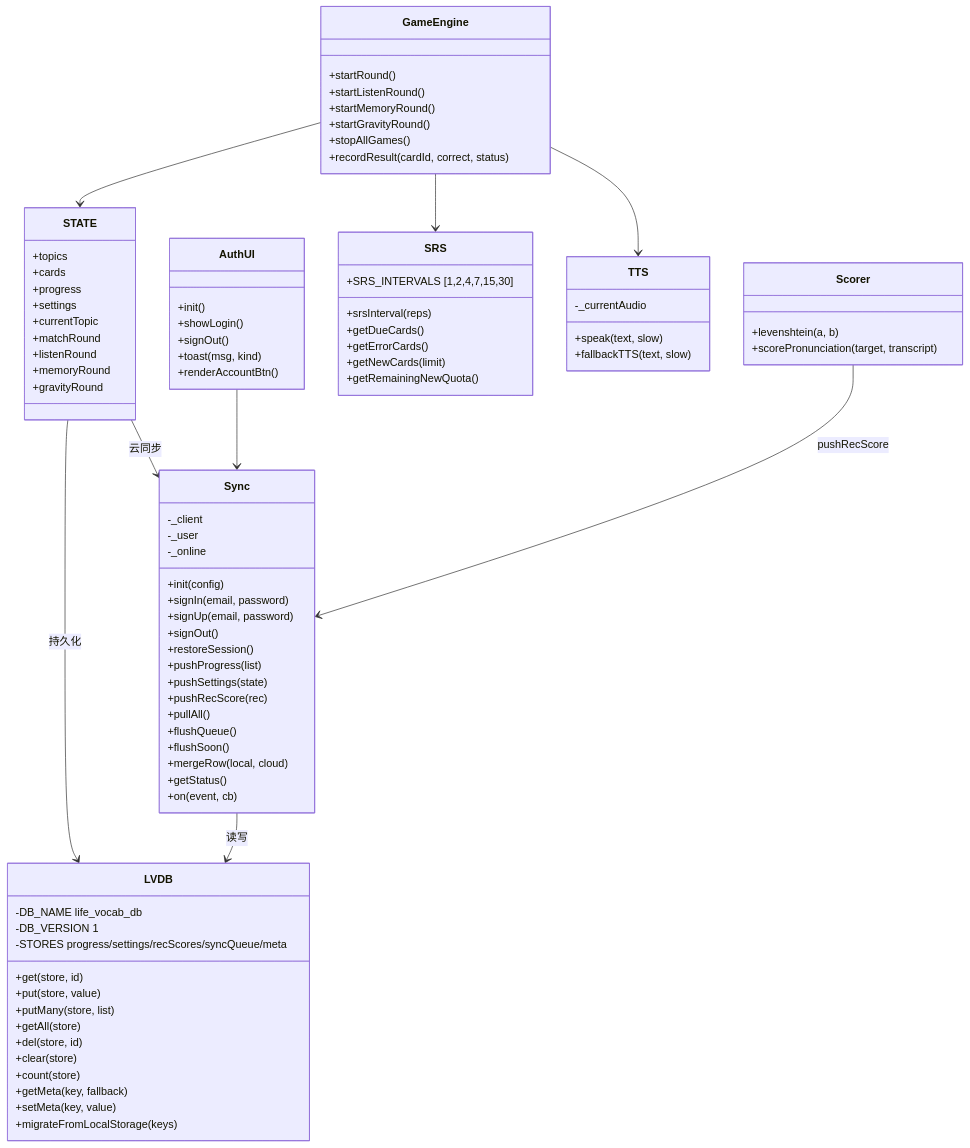
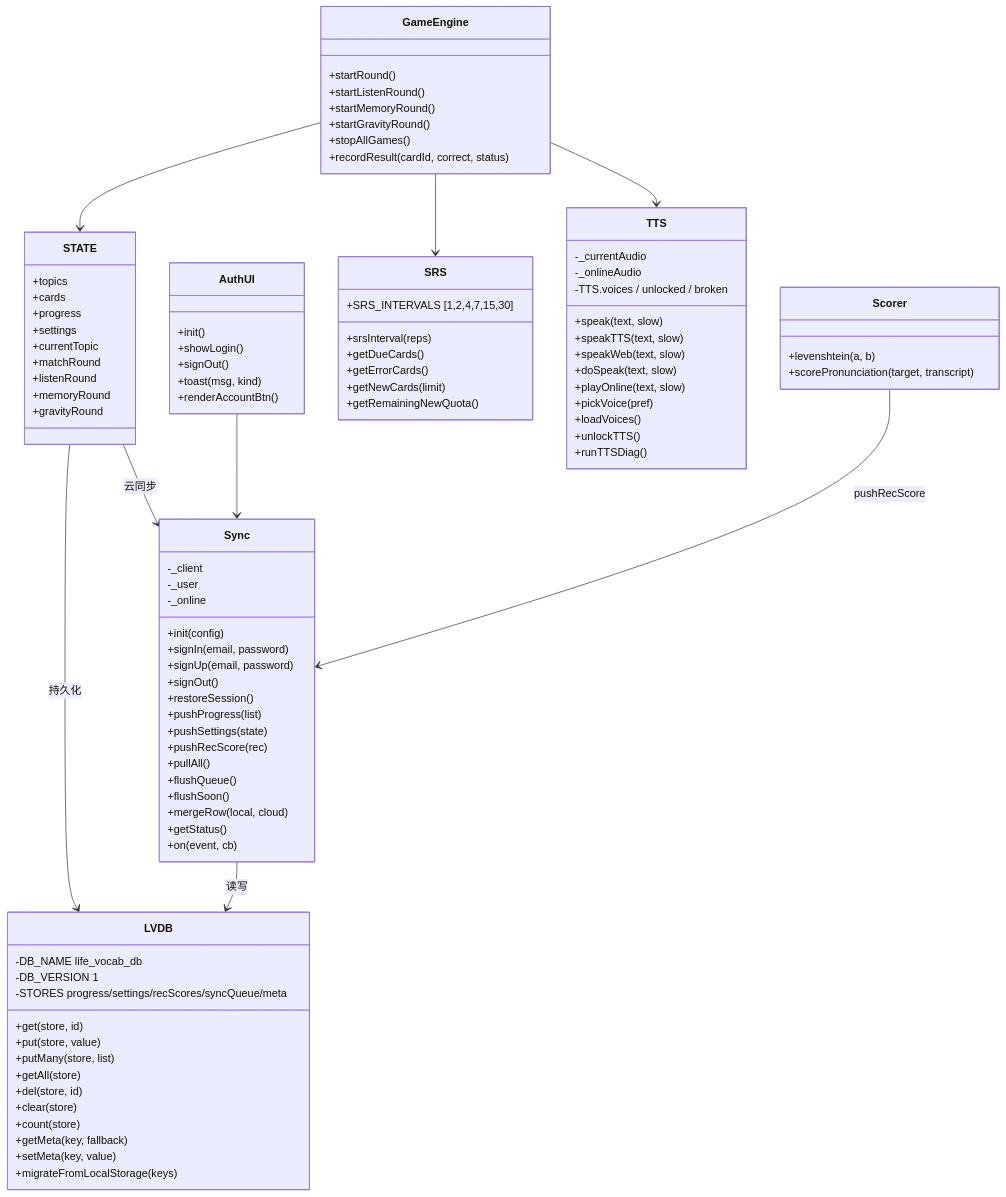
Before and after one commit to 17SiberianWolf/life-vocab-app: the first of 8 diagrams in docs/03-LLD-详细设计说明书.md, drawn with Mermaid. The commit also changed other lines of this file and 9 other files, not shown here.

```diff
--- a/docs/03-LLD-详细设计说明书.md
+++ b/docs/03-LLD-详细设计说明书.md
@@ -176,8 +176,17 @@
 
     class TTS {
         -_currentAudio
+        -_onlineAudio
+        -TTS.voices / unlocked / broken
         +speak(text, slow)
-        +fallbackTTS(text, slow)
+        +speakTTS(text, slow)
+        +speakWeb(text, slow)
+        +doSpeak(text, slow)
+        +playOnline(text, slow)
+        +pickVoice(pref)
+        +loadVoices()
+        +unlockTTS()
+        +runTTSDiag()
     }
 
     class Scorer {
```
